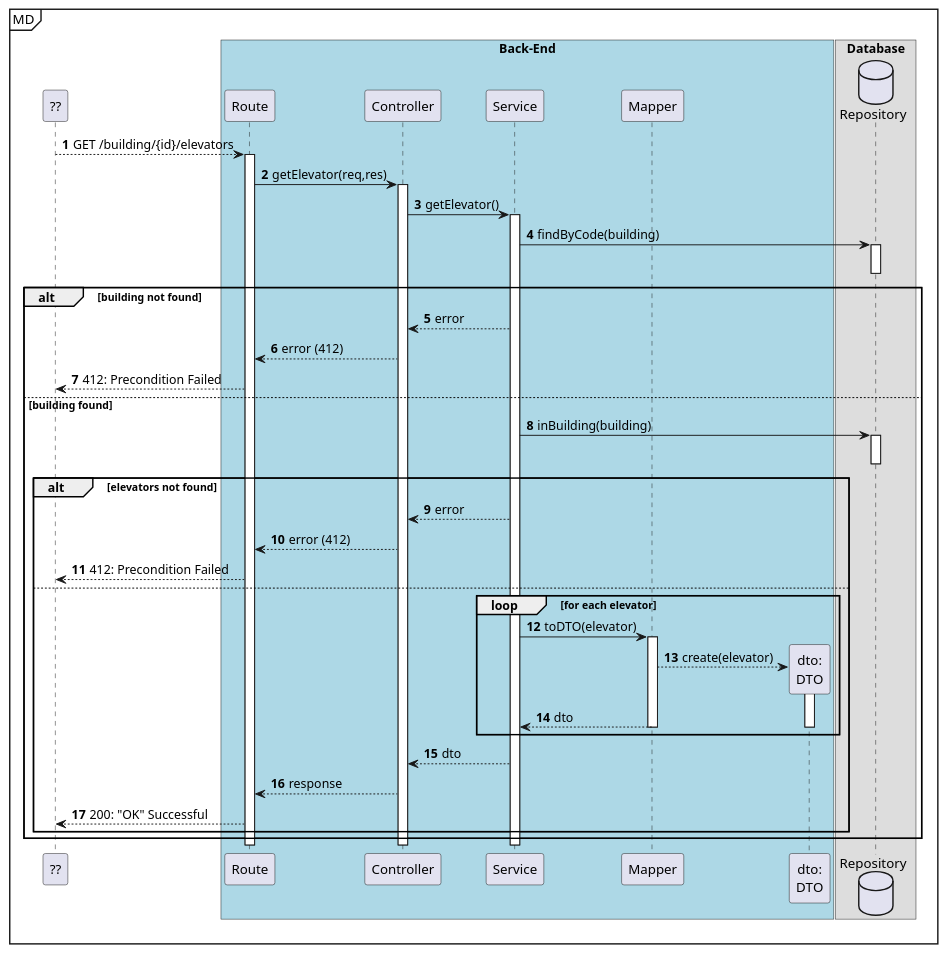
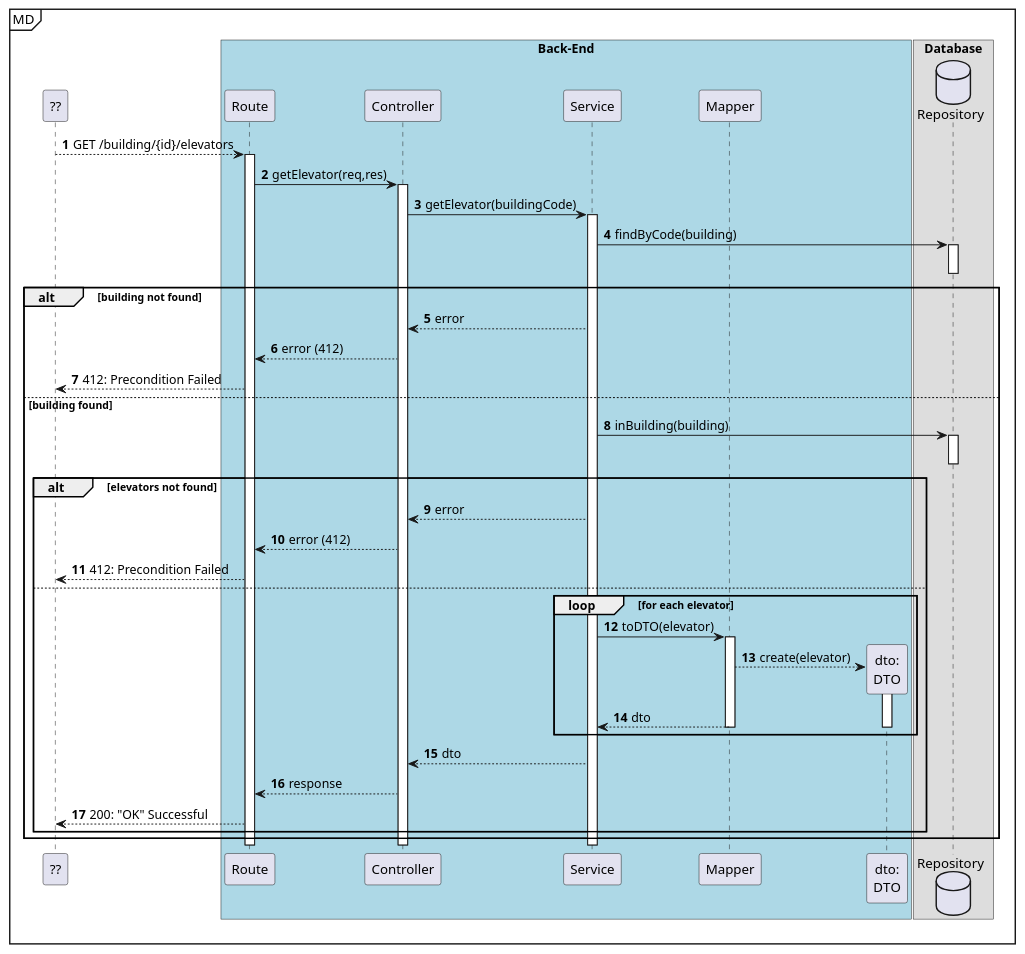
One commit to Departamento-de-Engenharia-Informatica/lapr5-23-24-g19 changed the diagram in docs/us290/level3/process-view.puml. Above: the diagram before and after it, drawn with PlantUML. The commit also changed 10 other files, not shown here.

```diff
--- a/docs/us290/level3/process-view.puml
+++ b/docs/us290/level3/process-view.puml
@@ -1,68 +1,68 @@
 @startuml
 autonumber
 
 participant "??" as ui
 
 mainframe MD
 box "Back-End" #LightBlue
 participant "Route" as r
 participant "Controller" as ctrl
 participant "Service" as svc
 
 
 participant "Mapper" as map
 participant "dto:\nDTO" as dto
 end box
 
 box "Database"
 database "Repository" as repo
 end box
 
 ui --> r: GET /building/{id}/elevators
     activate r
         r -> ctrl : getElevator(req,res)
         activate ctrl
-            ctrl -> svc : getElevator()
+            ctrl -> svc : getElevator(buildingCode)
             activate svc
                 svc -> repo : findByCode(building)
                 activate repo
                 deactivate repo
 
                 alt building not found
                     svc --> ctrl : error
                     ctrl --> r : error (412)
                     ui<--r : 412: Precondition Failed
                 else building found
 
                     svc -> repo: inBuilding(building)
                     activate repo
                     deactivate repo
 
                     alt elevators not found
                         svc --> ctrl : error
                         ctrl --> r : error (412)
                         ui<--r : 412: Precondition Failed
 
                     else
 
                         loop for each elevator
 
                                 svc -> map : toDTO(elevator)
                             activate map
                                 map --> dto** : create(elevator)
                                 activate dto
                                     map --> svc : dto
                                 deactivate dto
                             deactivate map
                         end loop
                             svc --> ctrl : dto
                             ctrl --> r : response
                             ui<-- r : 200: "OK" Successful
 
                     end
                 end
             deactivate svc
         deactivate ctrl
     deactivate r
 
 @enduml
```
